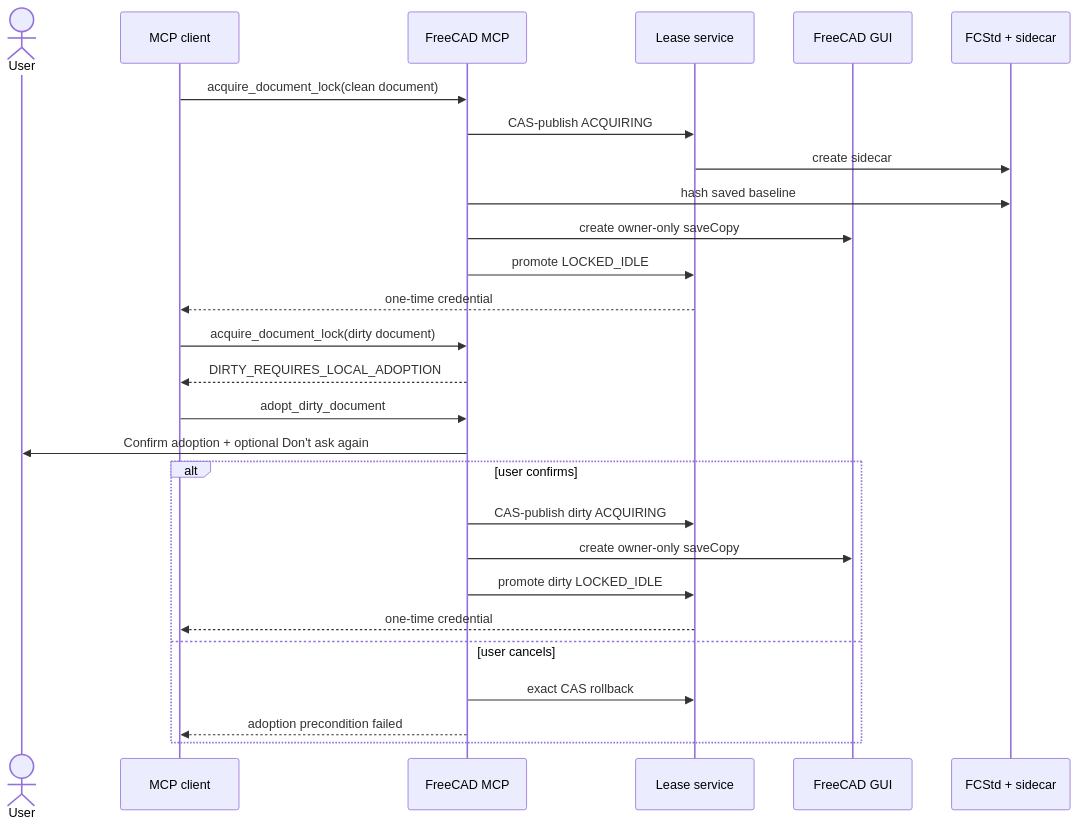
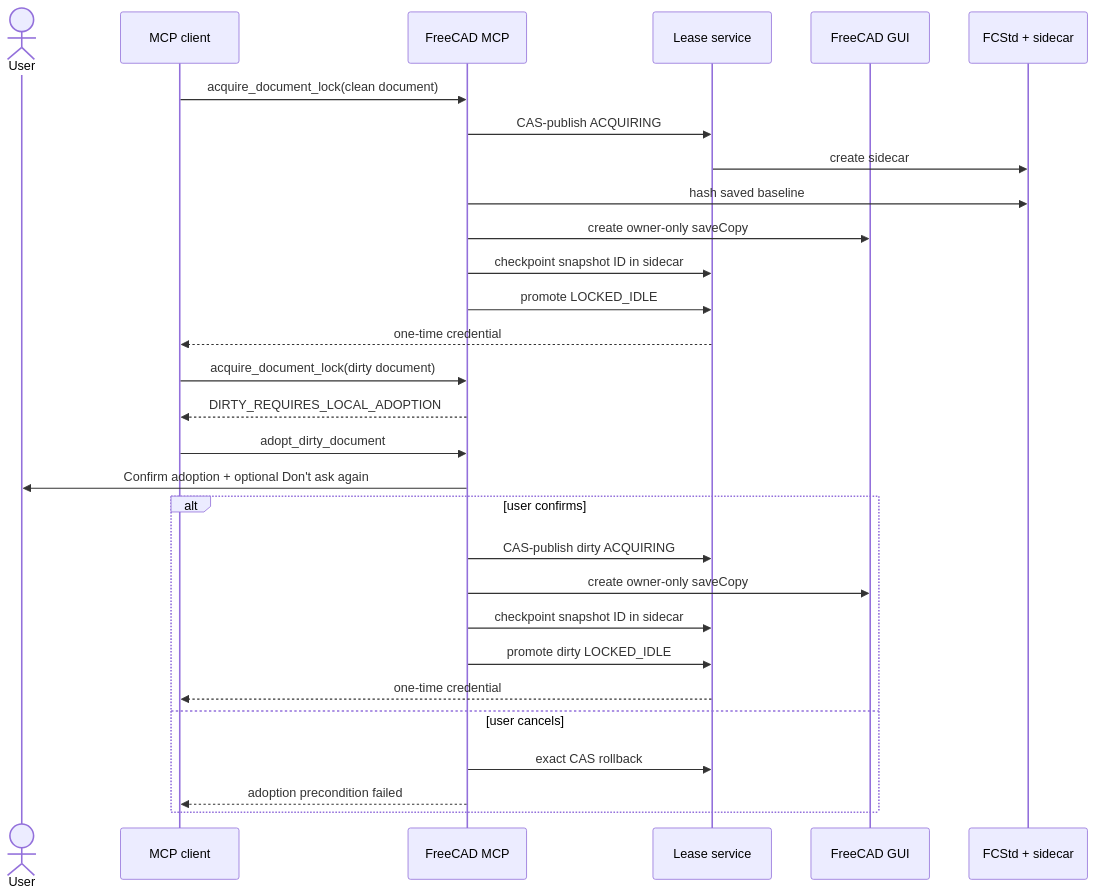
The first of 5 diagrams in doc/lease-client-scenarios.md (Rchiemstra/freecad-mcp), drawn with Mermaid before and after one commit. The commit also changed other lines of this file and 7 other files, not shown here.

````diff
--- a/doc/lease-client-scenarios.md
+++ b/doc/lease-client-scenarios.md
@@ -17,31 +17,33 @@
 ```mermaid
 sequenceDiagram
     actor User
     participant Client as MCP client
     participant RPC as FreeCAD MCP
     participant Lease as Lease service
     participant GUI as FreeCAD GUI
     participant Disk as FCStd + sidecar
 
     Client->>RPC: acquire_document_lock(clean document)
     RPC->>Lease: CAS-publish ACQUIRING
     Lease->>Disk: create sidecar
     RPC->>Disk: hash saved baseline
     RPC->>GUI: create owner-only saveCopy
+    RPC->>Lease: checkpoint snapshot ID in sidecar
     RPC->>Lease: promote LOCKED_IDLE
     Lease-->>Client: one-time credential
 
     Client->>RPC: acquire_document_lock(dirty document)
     RPC-->>Client: DIRTY_REQUIRES_LOCAL_ADOPTION
     Client->>RPC: adopt_dirty_document
     RPC->>User: Confirm adoption + optional Don't ask again
     alt user confirms
         RPC->>Lease: CAS-publish dirty ACQUIRING
         RPC->>GUI: create owner-only saveCopy
+        RPC->>Lease: checkpoint snapshot ID in sidecar
         RPC->>Lease: promote dirty LOCKED_IDLE
         Lease-->>Client: one-time credential
     else user cancels
         RPC->>Lease: exact CAS rollback
         RPC-->>Client: adoption precondition failed
     end
 ```
````
